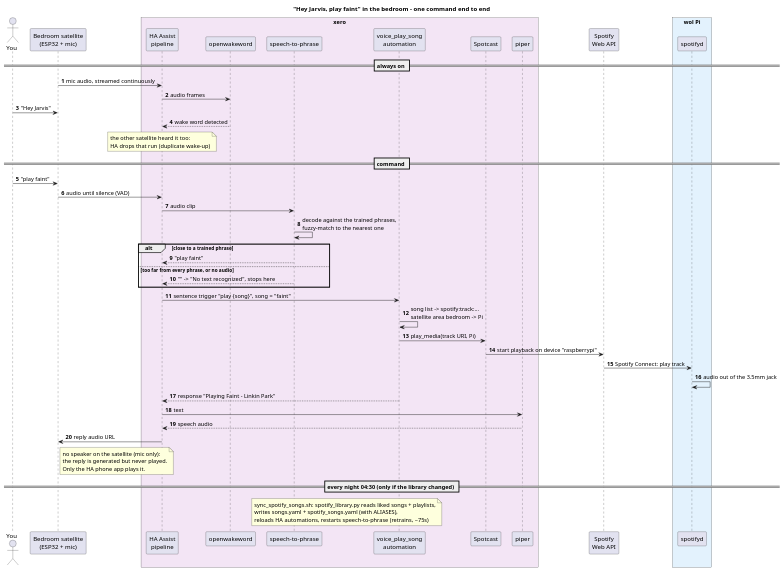
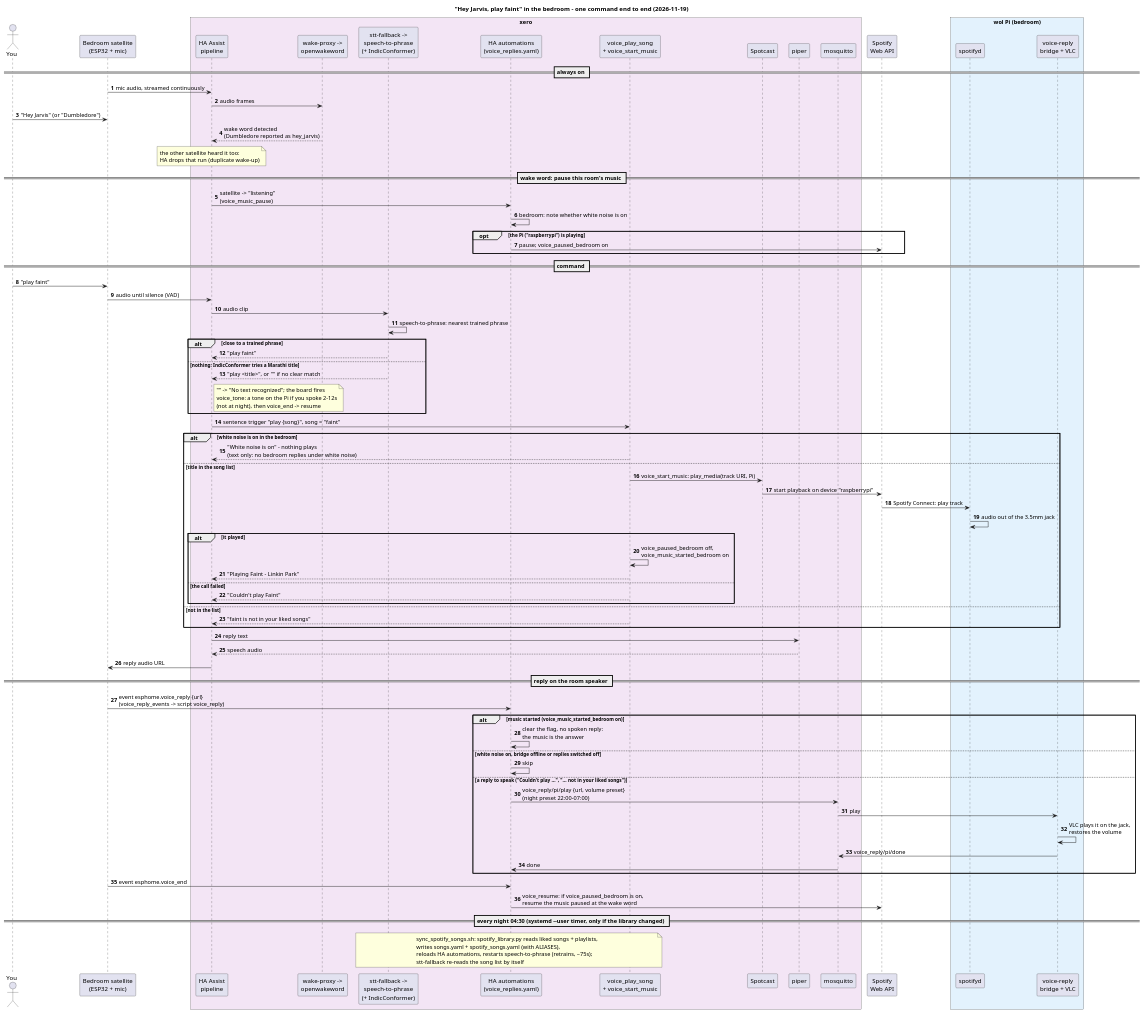
The diagram in projects/voice-assistant/sequence_play_song.puml (pjangam/homelab), drawn with PlantUML before and after one commit. The commit also changed 10 other files, not shown here.

First line of the commit message:
voice-assistant: diagrams and README catch up with spoken replies; why the wake word runs on xero

```diff
--- a/projects/voice-assistant/sequence_play_song.puml
+++ b/projects/voice-assistant/sequence_play_song.puml
@@ -1,62 +1,99 @@
 @startuml
 ' One "Hey Jarvis, play faint" said in the bedroom, step by step.
 ' Render: projects/voice-assistant/render_architecture.sh
-title "Hey Jarvis, play faint" in the bedroom - one command end to end
+title "Hey Jarvis, play faint" in the bedroom - one command end to end (2026-11-19)
 
 skinparam shadowing false
 skinparam defaultFontName Helvetica
 skinparam sequenceMessageAlign left
 skinparam ParticipantPadding 8
 autonumber
 
 actor "You" as user
 participant "Bedroom satellite\n(ESP32 + mic)" as sat
 box "xero" #F3E5F5
   participant "HA Assist\npipeline" as pipe
-  participant "openwakeword" as oww
-  participant "speech-to-phrase" as stp
-  participant "voice_play_song\nautomation" as auto
+  participant "wake-proxy ->\nopenwakeword" as oww
+  participant "stt-fallback ->\nspeech-to-phrase\n(+ IndicConformer)" as stt
+  participant "HA automations\n(voice_replies.yaml)" as rep
+  participant "voice_play_song\n+ voice_start_music" as auto
   participant "Spotcast" as sc
   participant "piper" as piper
+  participant "mosquitto" as mqtt
 end box
 participant "Spotify\nWeb API" as sp
-box "wol Pi" #E3F2FD
+box "wol Pi (bedroom)" #E3F2FD
   participant "spotifyd" as spd
+  participant "voice-reply\nbridge + VLC" as br
 end box
 
 == always on ==
 sat -> pipe : mic audio, streamed continuously
 pipe -> oww : audio frames
-user -> sat : "Hey Jarvis"
-oww --> pipe : wake word detected
+user -> sat : "Hey Jarvis" (or "Dumbledore")
+oww --> pipe : wake word detected\n(Dumbledore reported as hey_jarvis)
 note over pipe : the other satellite heard it too:\nHA drops that run (duplicate wake-up)
+
+== wake word: pause this room's music ==
+pipe -> rep : satellite -> "listening"\n(voice_music_pause)
+rep -> rep : bedroom: note whether white noise is on
+opt the Pi ("raspberrypi") is playing
+  rep -> sp : pause; voice_paused_bedroom on
+end
 
 == command ==
 user -> sat : "play faint"
 sat -> pipe : audio until silence (VAD)
-pipe -> stp : audio clip
-stp -> stp : decode against the trained phrases,\nfuzzy-match to the nearest one
+pipe -> stt : audio clip
+stt -> stt : speech-to-phrase: nearest trained phrase
 alt close to a trained phrase
-  stp --> pipe : "play faint"
-else too far from every phrase, or no audio
-  stp --> pipe : "" -> "No text recognized", stops here
+  stt --> pipe : "play faint"
+else nothing: IndicConformer tries a Marathi title
+  stt --> pipe : "play <title>", or "" if no clear match
+  note right of pipe : "" -> "No text recognized"; the board fires\nvoice_tone: a tone on the Pi if you spoke 2-12s\n(not at night), then voice_end -> resume
 end
 pipe -> auto : sentence trigger "play {song}", song = "faint"
-auto -> auto : song list -> spotify:track:...\nsatellite area bedroom -> Pi
-auto -> sc : play_media(track URI, Pi)
-sc -> sp : start playback on device "raspberrypi"
-sp -> spd : Spotify Connect: play track
-spd -> spd : audio out of the 3.5mm jack
-auto --> pipe : response "Playing Faint - Linkin Park"
-pipe -> piper : text
+alt white noise is on in the bedroom
+  auto --> pipe : "White noise is on" - nothing plays\n(text only: no bedroom replies under white noise)
+else title in the song list
+  auto -> sc : voice_start_music: play_media(track URI, Pi)
+  sc -> sp : start playback on device "raspberrypi"
+  sp -> spd : Spotify Connect: play track
+  spd -> spd : audio out of the 3.5mm jack
+  alt it played
+    auto -> auto : voice_paused_bedroom off,\nvoice_music_started_bedroom on
+    auto --> pipe : "Playing Faint - Linkin Park"
+  else the call failed
+    auto --> pipe : "Couldn't play Faint"
+  end
+else not in the list
+  auto --> pipe : "faint is not in your liked songs"
+end
+pipe -> piper : reply text
 piper --> pipe : speech audio
 pipe -> sat : reply audio URL
-note right of sat : no speaker on the satellite (mic only):\nthe reply is generated but never played.\nOnly the HA phone app plays it.
 
-== every night 04:30 (only if the library changed) ==
-note over auto, stp
+== reply on the room speaker ==
+sat -> rep : event esphome.voice_reply {url}\n(voice_reply_events -> script voice_reply)
+alt music started (voice_music_started_bedroom on)
+  rep -> rep : clear the flag, no spoken reply:\nthe music is the answer
+else white noise on, bridge offline or replies switched off
+  rep -> rep : skip
+else a reply to speak ("Couldn't play ...", "... not in your liked songs")
+  rep -> mqtt : voice_reply/pi/play {url, volume preset}\n(night preset 22:00-07:00)
+  mqtt -> br : play
+  br -> br : VLC plays it on the jack,\nrestores the volume
+  br -> mqtt : voice_reply/pi/done
+  mqtt -> rep : done
+end
+sat -> rep : event esphome.voice_end
+rep -> sp : voice_resume: if voice_paused_bedroom is on,\nresume the music paused at the wake word
+
+== every night 04:30 (systemd --user timer, only if the library changed) ==
+note over auto, stt
   sync_spotify_songs.sh: spotify_library.py reads liked songs + playlists,
   writes songs.yaml + spotify_songs.yaml (with ALIASES),
-  reloads HA automations, restarts speech-to-phrase (retrains, ~75s)
+  reloads HA automations, restarts speech-to-phrase (retrains, ~75s);
+  stt-fallback re-reads the song list by itself
 end note
 @enduml
```
